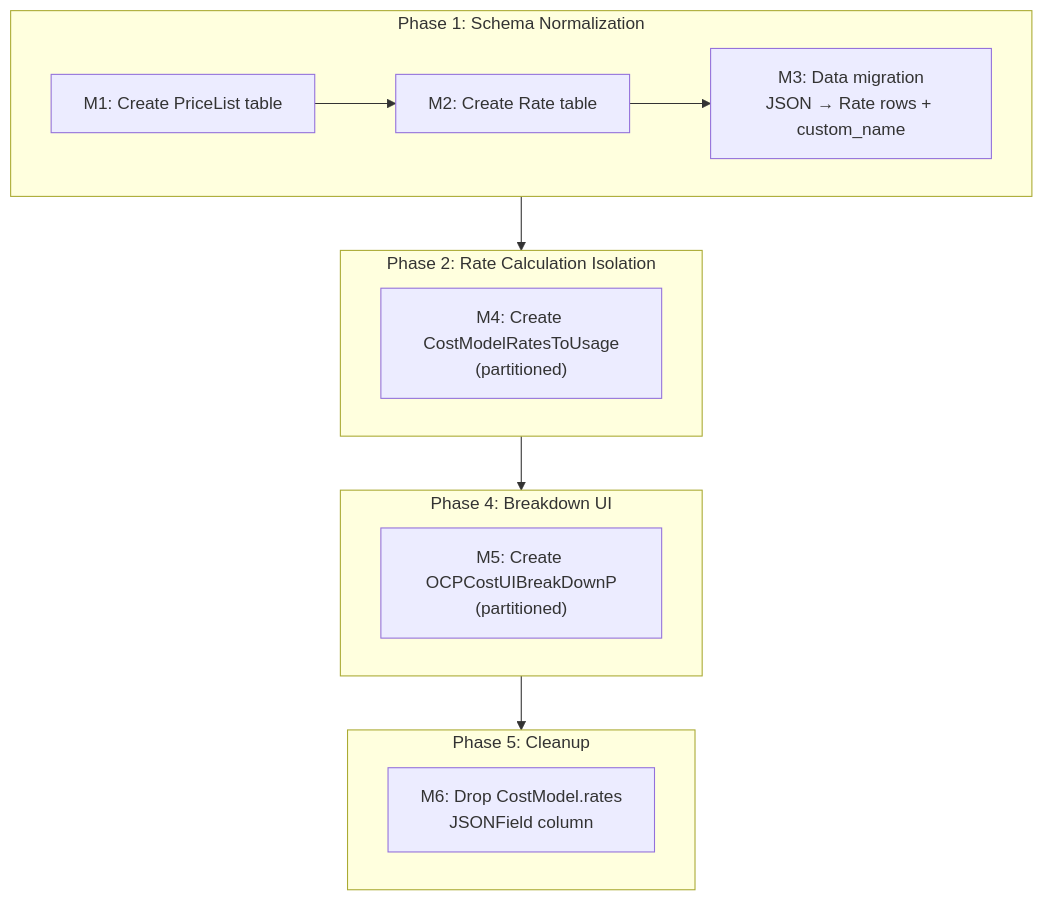
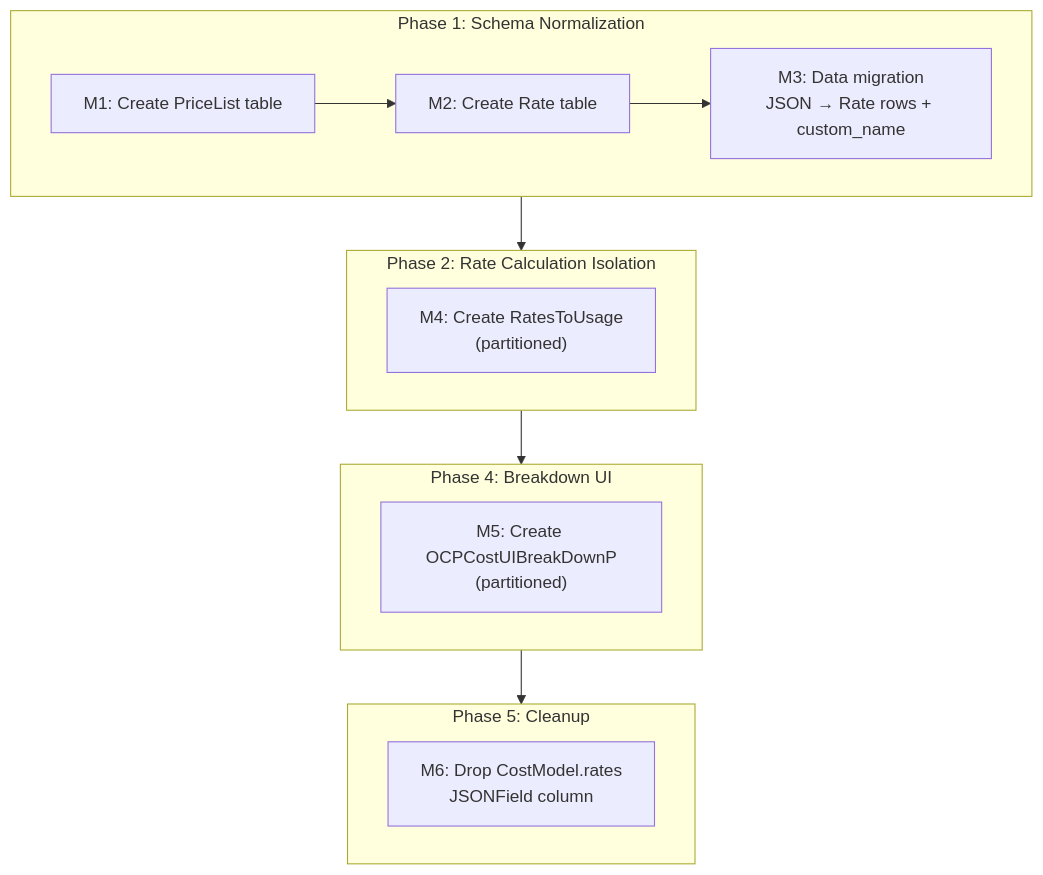
Before and after one commit to project-koku/koku: the first of 2 diagrams in docs/architecture/cost-breakdown/data-model.md, drawn with Mermaid. The commit also changed other lines of this file and 7 other files, not shown here.

First line of the commit message:
[COST-7249] Adopt IQ-9 Option 1, rename RatesToUsage, drop cost_type, extract risks

````diff
--- a/docs/architecture/cost-breakdown/data-model.md
+++ b/docs/architecture/cost-breakdown/data-model.md
@@ -435,23 +384,23 @@
 ```mermaid
 graph TD
     subgraph Phase1["Phase 1: Schema Normalization"]
         M1["M1: Create PriceList table"]
         M2["M2: Create Rate table"]
         M3["M3: Data migration<br/>JSON → Rate rows + custom_name"]
         M1 --> M2 --> M3
     end
 
     subgraph Phase2["Phase 2: Rate Calculation Isolation"]
-        M4["M4: Create CostModelRatesToUsage<br/>(partitioned)"]
+        M4["M4: Create RatesToUsage<br/>(partitioned)"]
     end
 
     subgraph Phase4["Phase 4: Breakdown UI"]
         M5["M5: Create OCPCostUIBreakDownP<br/>(partitioned)"]
     end
 
     subgraph Phase5["Phase 5: Cleanup"]
         M6["M6: Drop CostModel.rates<br/>JSONField column"]
     end
 
     Phase1 --> Phase2 --> Phase4 --> Phase5
 ```
````
